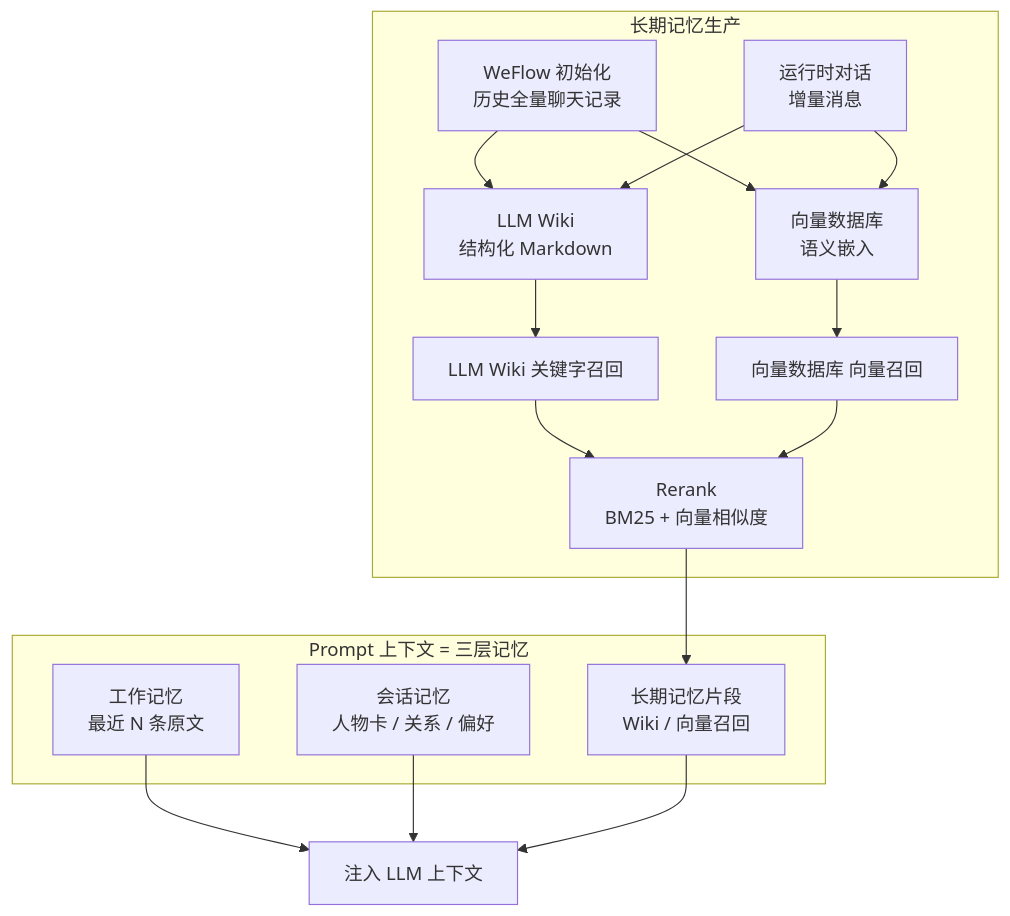
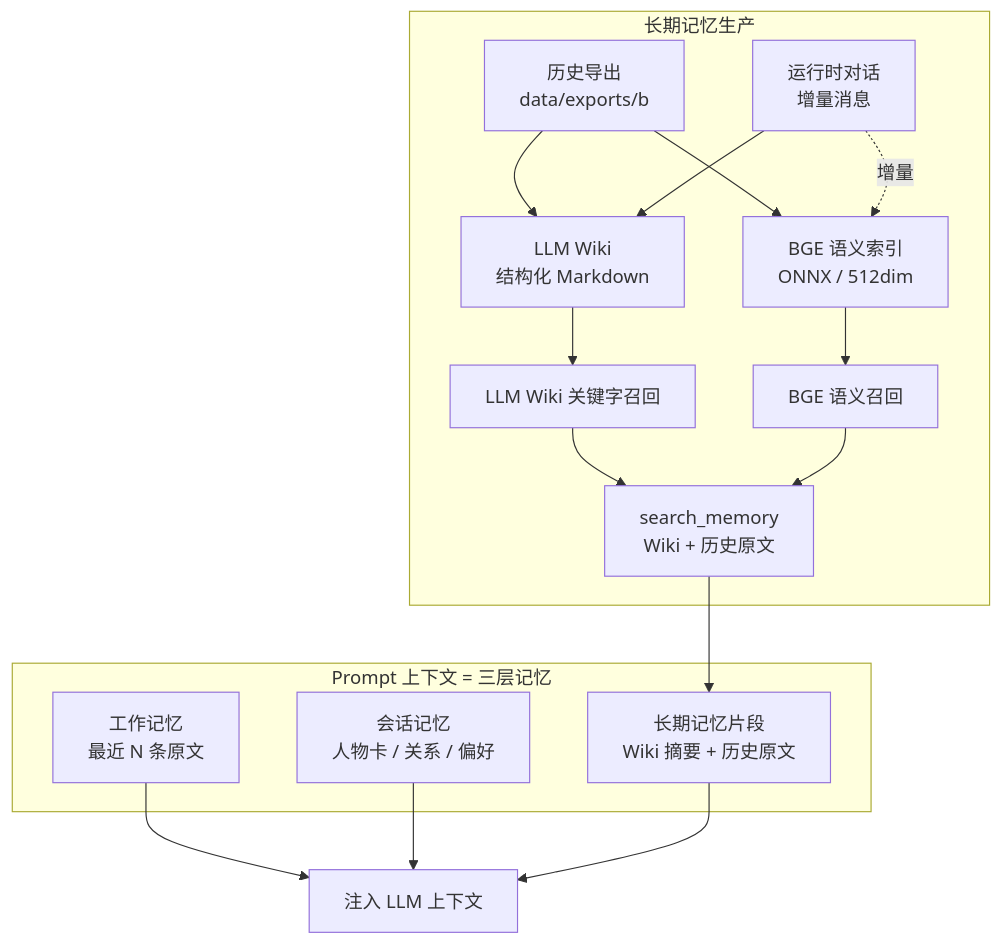
The fourth of 6 diagrams in README.md (899ms/wechat-mac-rpa), drawn with Mermaid before and after one commit. The commit also changed other lines of this file and 26 other files, not shown here.

First line of the commit message:
feat(memory): 记忆系统 RAG 重构——search_history/LLM rerank/benchmark 升级

````diff
--- a/README.md
+++ b/README.md
@@ -195,32 +213,32 @@
 ```mermaid
 graph TB
     subgraph Prompt["Prompt 上下文 = 三层记忆"]
         WM[工作记忆<br/>最近 N 条原文]
         SM[会话记忆<br/>人物卡 / 关系 / 偏好]
-        LM[长期记忆片段<br/>Wiki / 向量召回]
+        LM[长期记忆片段<br/>Wiki 摘要 + 历史原文]
     end
 
     WM --> Context[注入 LLM 上下文]
     SM --> Context
     LM --> Context
 
     subgraph LongTerm["长期记忆生产"]
-        WeFlow["WeFlow 初始化<br/>历史全量聊天记录"]
+        Export["历史导出<br/>data/exports/b"]
         Runtime["运行时对话<br/>增量消息"]
         Wiki["LLM Wiki<br/>结构化 Markdown"]
-        VectorDB["向量数据库<br/>语义嵌入"]
+        VectorDB["BGE 语义索引<br/>ONNX / 512dim"]
         KeywordRecall["LLM Wiki 关键字召回"]
-        VectorRecall["向量数据库 向量召回"]
-        Rerank["Rerank<br/>BM25 + 向量相似度"]
+        VectorRecall["BGE 语义召回"]
+        Merge["search_memory<br/>Wiki + 历史原文"]
     end
 
-    WeFlow --> Wiki
-    WeFlow --> VectorDB
+    Export --> Wiki
+    Export --> VectorDB
     Runtime --> Wiki
-    Runtime --> VectorDB
+    Runtime -.增量.-> VectorDB
     Wiki --> KeywordRecall
     VectorDB --> VectorRecall
-    KeywordRecall --> Rerank
-    VectorRecall --> Rerank
-    Rerank --> LM
+    KeywordRecall --> Merge
+    VectorRecall --> Merge
+    Merge --> LM
 ```
````
